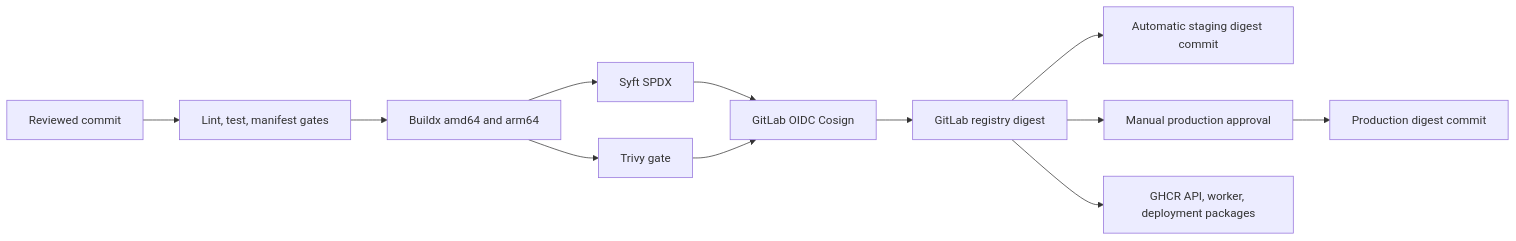
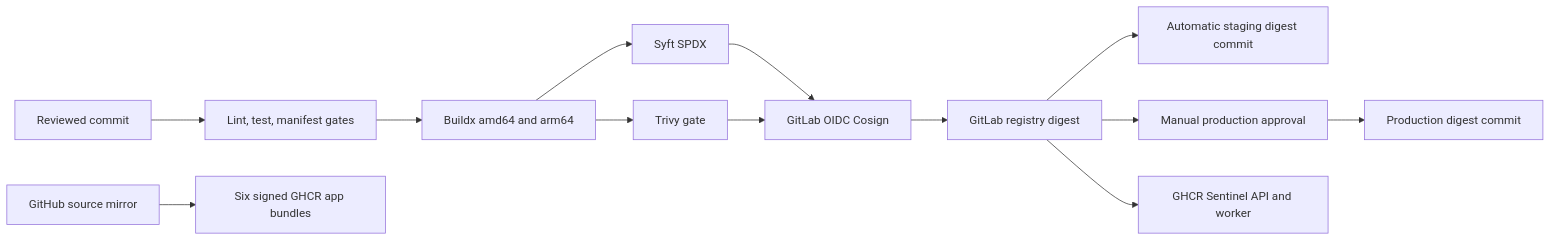
The eighth of 9 diagrams in docs/architecture.md (AnouarMohamed/k3s-homelab), drawn with Mermaid before and after one commit. The commit also changed 7 other files, not shown here.

Commit message:
fix(ci): publish app bundles with relative paths

````diff
--- a/docs/architecture.md
+++ b/docs/architecture.md
@@ -151,14 +151,15 @@
 ```mermaid
 flowchart LR
   Commit[Reviewed commit] --> Tests[Lint, test, manifest gates]
   Tests --> Build[Buildx amd64 and arm64]
   Build --> SBOM[Syft SPDX]
   Build --> Trivy[Trivy gate]
   SBOM --> Sign[GitLab OIDC Cosign]
   Trivy --> Sign
   Sign --> Registry[GitLab registry digest]
   Registry --> Staging[Automatic staging digest commit]
   Registry --> Approval[Manual production approval]
   Approval --> Production[Production digest commit]
-  Registry --> GHCR[GHCR API, worker, deployment packages]
+  Registry --> GHCRImages[GHCR Sentinel API and worker]
+  GitHub[GitHub source mirror] --> GHCRApps[Six signed GHCR app bundles]
 ```
````
